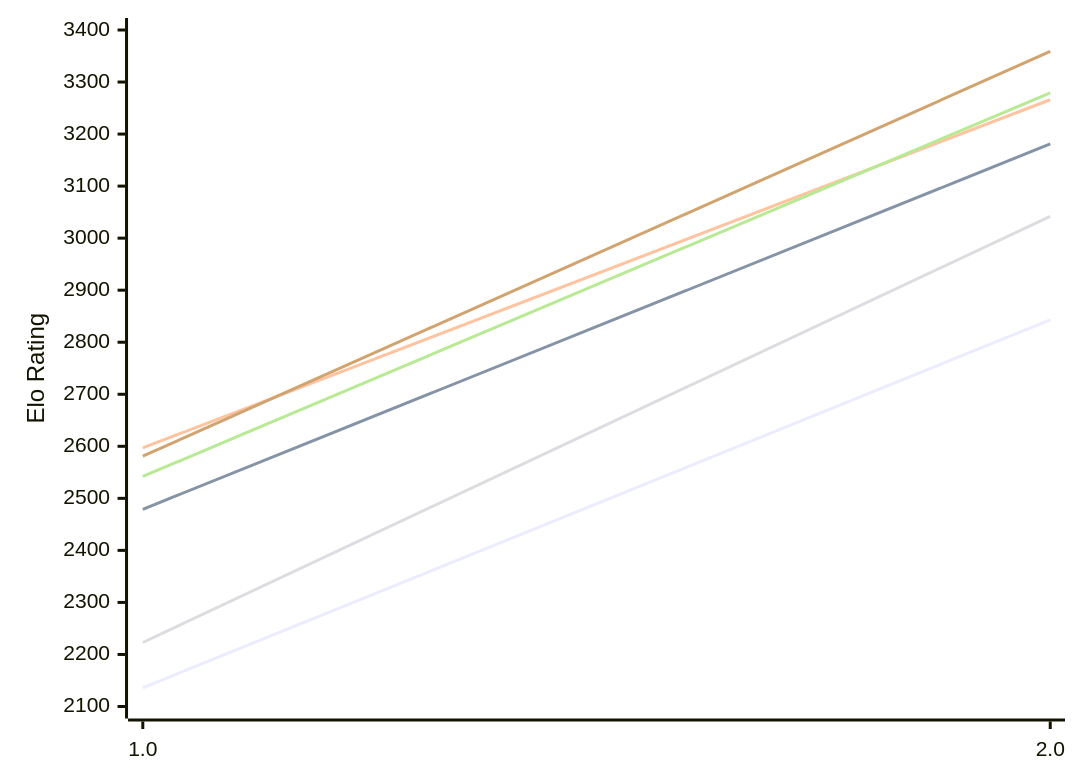
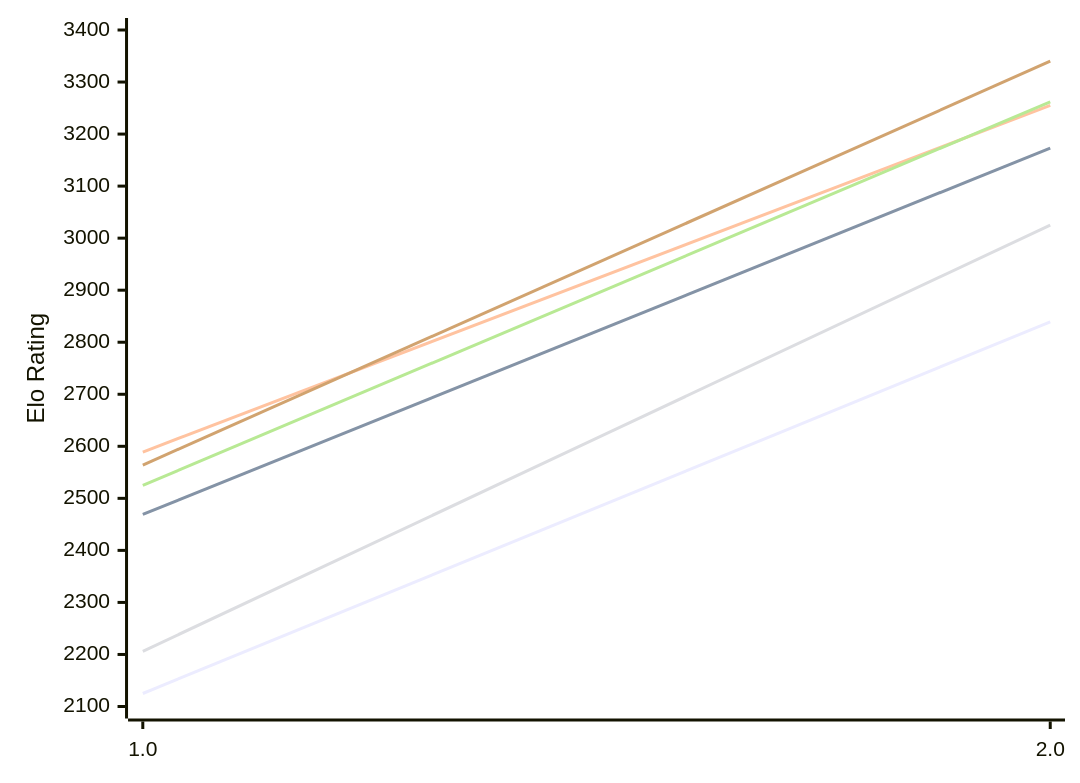
One commit to computer-chess-index/cci changed the diagram in engines/Scarlet.md. Above: the diagram before and after it, drawn with Mermaid. The commit also changed other lines of this file, not shown here.

Commit message:
Update CCI Ratings (ELO VLTC) - 2026-11-02

````diff
--- a/engines/Scarlet.md
+++ b/engines/Scarlet.md
@@ -49,12 +49,12 @@
 ```mermaid
 %%{init: {"theme":"base","themeVariables":{"seriesColors:['#a3a3a3','#222221','#faa371']}}}%%
 xychart-beta
   x-axis ["1.0", "2.0"]
   y-axis "Elo Rating" 2100 --> 3400
-  line "E1: STC (8.0+0.08s)" [2136, 2843]
-  line "E1: LTC (60.0+0.60s)" [2479, 3181]
-  line "E1: VLTC (2m24s+1.12s)" [2597, 3266]
-  line "P1: STC (8.0+0.08s)" [2223, 3042]
-  line "P1: LTC (60.0+0.60s)" [2542, 3279]
-  line "P1: VLTC (2m24s+1.12s)" [2581, 3359]
+  line "E1: STC (8.0+0.08s)" [2125, 2839]
+  line "E1: LTC (60.0+0.60s)" [2469, 3173]
+  line "E1: VLTC (2m24s+1.12s)" [2589, 3255]
+  line "P1: STC (8.0+0.08s)" [2206, 3025]
+  line "P1: LTC (60.0+0.60s)" [2525, 3262]
+  line "P1: VLTC (2m24s+1.12s)" [2564, 3340]
 ```
````
